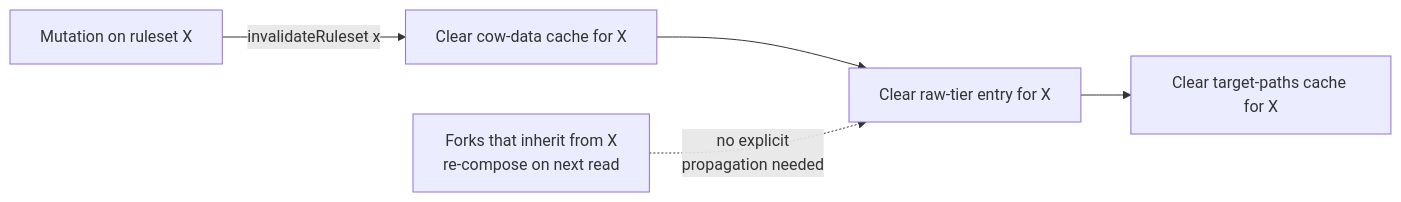
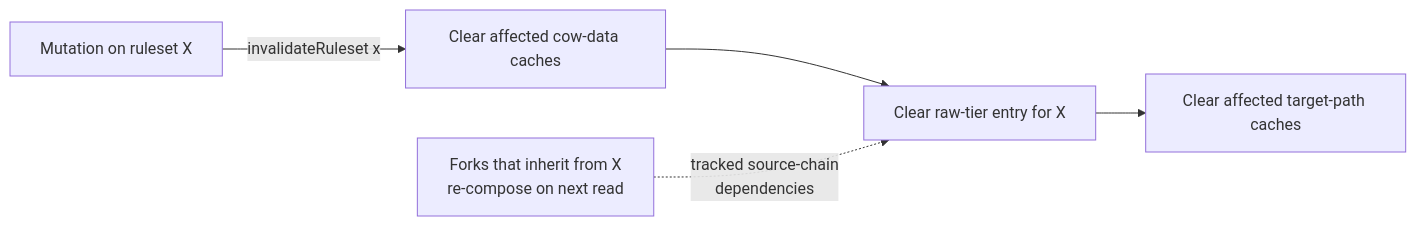
One commit to PhilippeChab/arkyvree changed the third of 7 diagrams in docs/caching.md. Above: the diagram before and after it, drawn with Mermaid. The commit also changed other lines of this file and 10 other files, not shown here.

First line of the commit message:
Refresh inherited ruleset caches and worker PDF data (#18)

````diff
--- a/docs/caching.md
+++ b/docs/caching.md
@@ -216,7 +216,7 @@
 ```mermaid
 flowchart LR
-    Mut[Mutation on ruleset X] -->|invalidateRuleset x| IR[Clear cow-data cache for X]
+    Mut[Mutation on ruleset X] -->|invalidateRuleset x| IR[Clear affected cow-data caches]
     IR --> CR[Clear raw-tier entry for X]
-    CR --> TP[Clear target-paths cache for X]
-    Note[Forks that inherit from X<br/>re-compose on next read] -.->|no explicit<br/>propagation needed| CR
+    CR --> TP[Clear affected target-path caches]
+    Note[Forks that inherit from X<br/>re-compose on next read] -.->|tracked source-chain<br/>dependencies| CR
 ```
````
